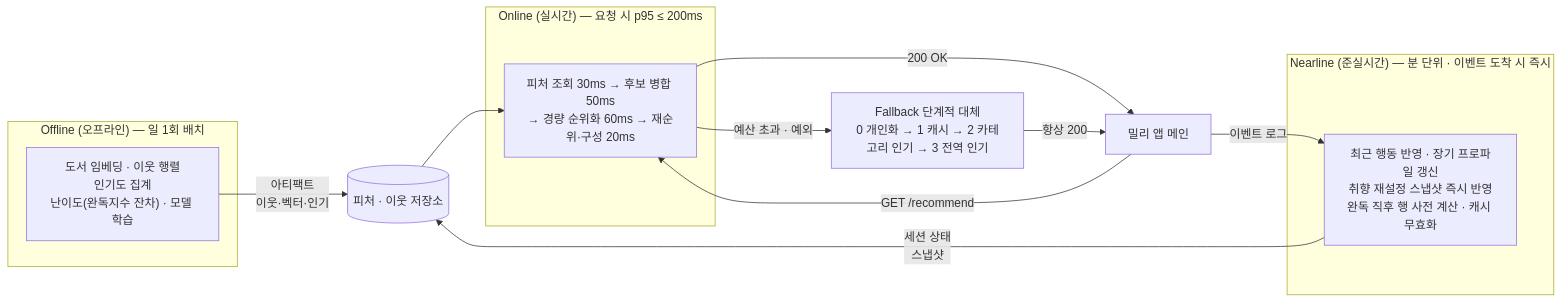
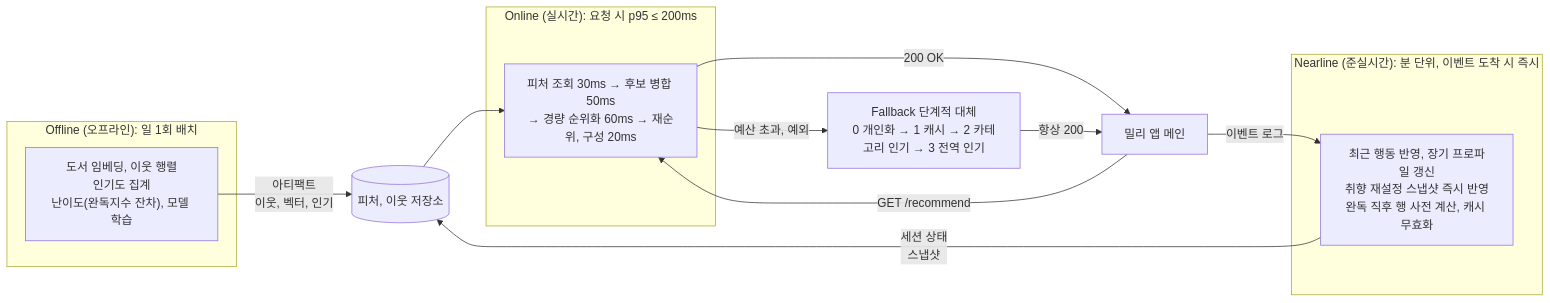
Before and after one commit to ShinWon-Chul/millie-rec: the third of 4 diagrams in report/draft.md, drawn with Mermaid. The commit also changed other lines of this file and 2 other files, not shown here.

Commit message:
docs(report): 원고 특수문자 제거 — em dash 38·middle dot 190을 쉼표·콜론·접속으로 재작성(숫자·표·mermaid 구조·필수 문장 불변, 3장 1,100·4장 1,146), 백업·Notion 가이드 동기화, 사용자 지시 09-06

````diff
--- a/report/draft.md
+++ b/report/draft.md
@@ -114,20 +114,20 @@
 ```mermaid
 flowchart LR
-    subgraph OFF["Offline (오프라인) — 일 1회 배치"]
-        O1["도서 임베딩 · 이웃 행렬<br/>인기도 집계<br/>난이도(완독지수 잔차) · 모델 학습"]
+    subgraph OFF["Offline (오프라인): 일 1회 배치"]
+        O1["도서 임베딩, 이웃 행렬<br/>인기도 집계<br/>난이도(완독지수 잔차), 모델 학습"]
     end
-    subgraph NEAR["Nearline (준실시간) — 분 단위 · 이벤트 도착 시 즉시"]
-        N1["최근 행동 반영 · 장기 프로파일 갱신<br/>취향 재설정 스냅샷 즉시 반영<br/>완독 직후 행 사전 계산 · 캐시 무효화"]
+    subgraph NEAR["Nearline (준실시간): 분 단위, 이벤트 도착 시 즉시"]
+        N1["최근 행동 반영, 장기 프로파일 갱신<br/>취향 재설정 스냅샷 즉시 반영<br/>완독 직후 행 사전 계산, 캐시 무효화"]
     end
-    subgraph ON["Online (실시간) — 요청 시 p95 ≤ 200ms"]
-        O2["피처 조회 30ms → 후보 병합 50ms<br/>→ 경량 순위화 60ms → 재순위·구성 20ms"]
+    subgraph ON["Online (실시간): 요청 시 p95 ≤ 200ms"]
+        O2["피처 조회 30ms → 후보 병합 50ms<br/>→ 경량 순위화 60ms → 재순위, 구성 20ms"]
     end
-    O1 -->|"아티팩트<br/>이웃·벡터·인기"| ST[("피처 · 이웃 저장소")]
+    O1 -->|"아티팩트<br/>이웃, 벡터, 인기"| ST[("피처, 이웃 저장소")]
     N1 -->|"세션 상태<br/>스냅샷"| ST
     ST --> O2
     APP["밀리 앱 메인"] -->|"GET /recommend"| O2
     O2 -->|"200 OK"| APP
-    O2 -->|"예산 초과 · 예외"| FB["Fallback 단계적 대체<br/>0 개인화 → 1 캐시 → 2 카테고리 인기 → 3 전역 인기"]
+    O2 -->|"예산 초과, 예외"| FB["Fallback 단계적 대체<br/>0 개인화 → 1 캐시 → 2 카테고리 인기 → 3 전역 인기"]
     FB -->|"항상 200"| APP
     APP -->|"이벤트 로그"| N1
 ```
````
